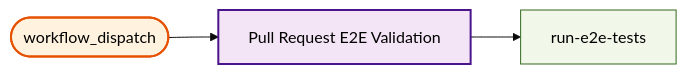
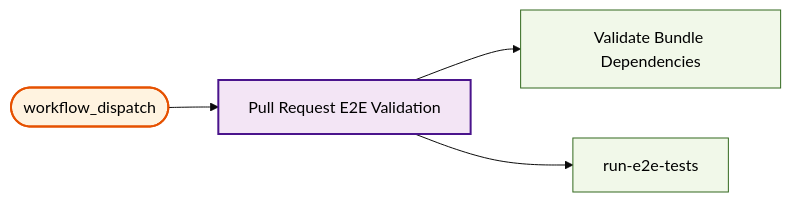
One commit to US-Trustee-Program/Bankruptcy-Oversight-Support-Systems changed diagram 21 of 26 in docs/operations/workflow-diagram.md. Above: the diagram before and after it, drawn with Mermaid (base theme). The commit also changed other lines of this file and 5 other files, not shown here.

````diff
--- a/docs/operations/workflow-diagram.md
+++ b/docs/operations/workflow-diagram.md
@@ -1153,18 +1156,21 @@
 ```mermaid
 flowchart LR
     trigger_workflow_dispatch(["workflow_dispatch"])
     pr_validation_yml["Pull Request E2E Validation"]
+    pr_validation_yml_validate_bundle_dependencies["Validate Bundle Dependencies"]
     pr_validation_yml_run_e2e_tests["run-e2e-tests"]
 
     trigger_workflow_dispatch --> pr_validation_yml
+    pr_validation_yml --> pr_validation_yml_validate_bundle_dependencies
     pr_validation_yml --> pr_validation_yml_run_e2e_tests
 
     classDef reusable fill:#e1f5fe,stroke:#01579b,stroke-width:2px,color:#000000
     classDef mainWorkflow fill:#f3e5f5,stroke:#4a148c,stroke-width:2px,color:#000000
     classDef trigger fill:#fff3e0,stroke:#e65100,stroke-width:2px,color:#000000
     classDef job fill:#f1f8e9,stroke:#33691e,stroke-width:1px,color:#000000
 
     class trigger_workflow_dispatch trigger
     class pr_validation_yml mainWorkflow
+    class pr_validation_yml_validate_bundle_dependencies job
     class pr_validation_yml_run_e2e_tests job
 ```
````
